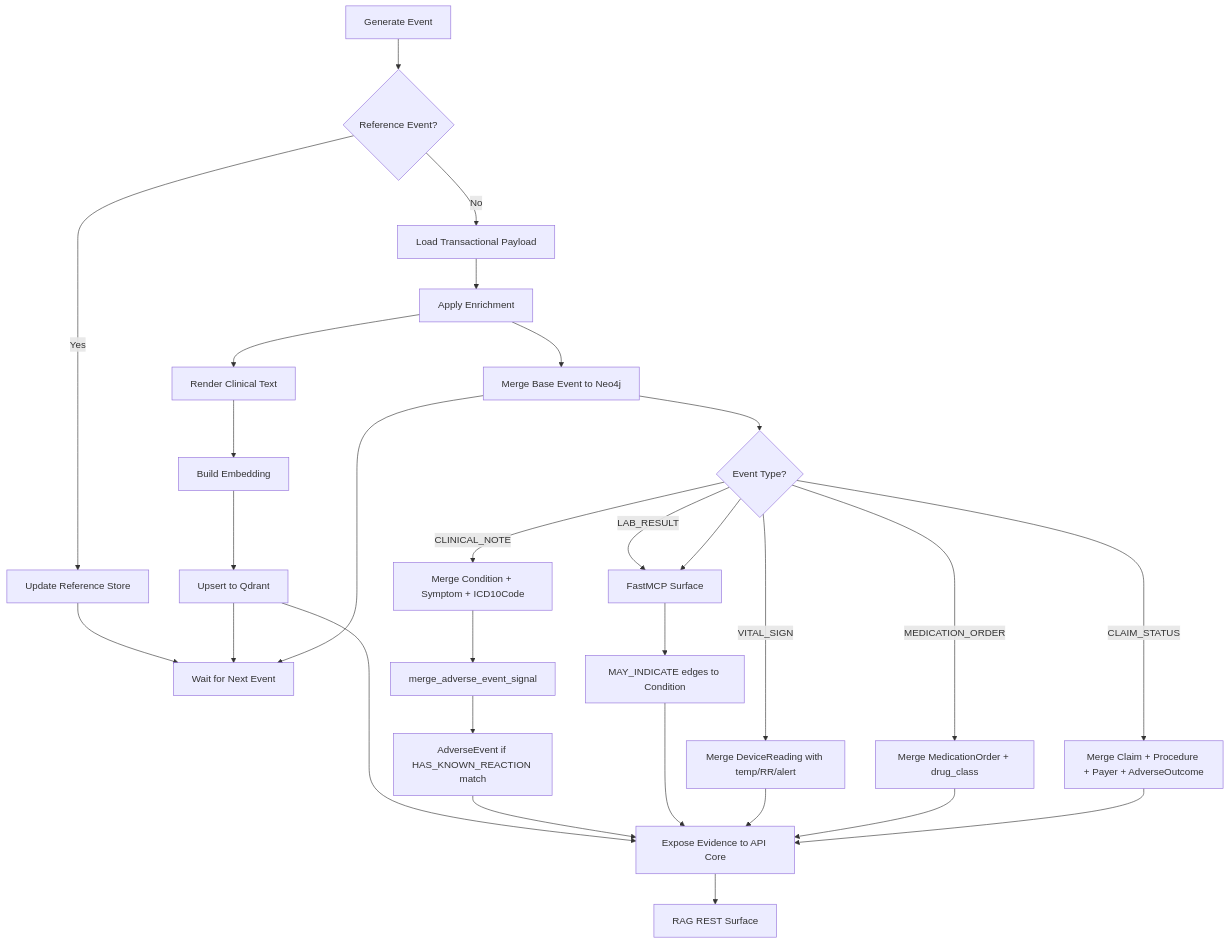
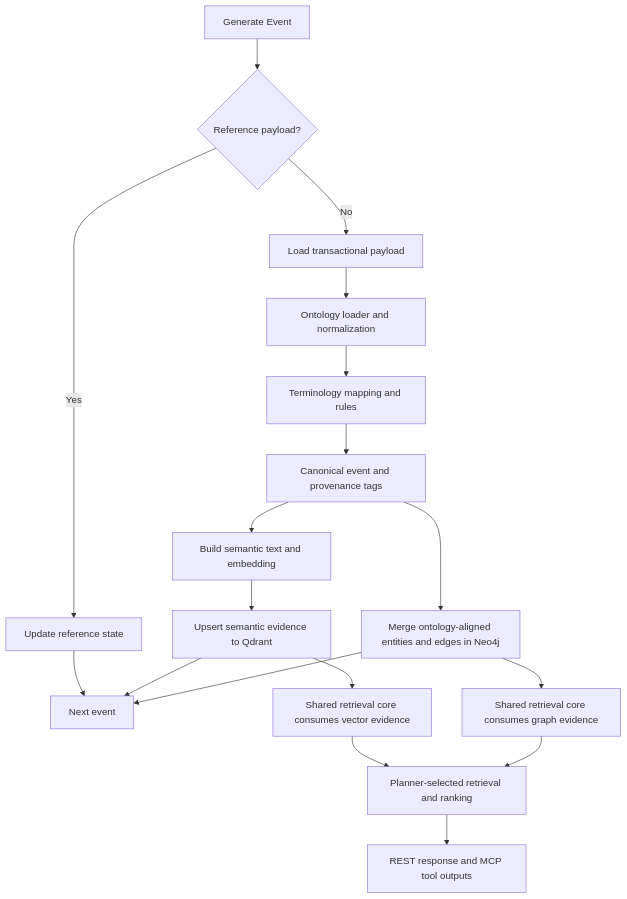
The third of 4 diagrams in docs/architecture.md (wchen-dea/Agentic-AI-Healthcare-GraphRAG), drawn with Mermaid before and after one commit. The commit also changed other lines of this file and 2 other files, not shown here.

Commit message:
ontology & skills

````diff
--- a/docs/architecture.md
+++ b/docs/architecture.md
@@ -192,31 +209,20 @@
 ```mermaid
 flowchart TD
-  A[Generate Event] --> B{Reference Event?}
-  B -->|Yes| C[Update Reference Store]
-  B -->|No| D[Load Transactional Payload]
-  C --> E[Wait for Next Event]
-  D --> F[Apply Enrichment]
-  F --> G[Render Clinical Text]
-  G --> H[Build Embedding]
-  H --> I[Upsert to Qdrant]
-  F --> J[Merge Base Event to Neo4j]
-  J --> K{Event Type?}
-  K -->|CLINICAL_NOTE| L[Merge Condition + Symptom + ICD10Code]
-  K -->|LAB_RESULT| M[Merge Observation + run 14 lab signal rules]
-  K -->|VITAL_SIGN| N[Merge DeviceReading with temp/RR/alert]
-  K -->|MEDICATION_ORDER| O[Merge MedicationOrder + drug_class]
-  K -->|CLAIM_STATUS| P[Merge Claim + Procedure + Payer + AdverseOutcome]
-  L --> Q[merge_adverse_event_signal]
-  Q --> R[AdverseEvent if HAS_KNOWN_REACTION match]
-  M --> S[MAY_INDICATE edges to Condition]
-  I --> T[Expose Evidence to API Core]
-  R --> T
-  S --> T
-  N --> T
-  O --> T
-  P --> T
-  T --> U[RAG REST Surface]
-  K --> M[FastMCP Surface]
-  I --> E
+  A[Generate Event] --> B{Reference payload?}
+  B -->|Yes| C[Update reference state]
+  B -->|No| D[Load transactional payload]
+  C --> E[Next event]
+  D --> F[Ontology loader and normalization]
+  F --> G[Terminology mapping and rules]
+  G --> H[Canonical event and provenance tags]
+  H --> I[Build semantic text and embedding]
+  I --> J[Upsert semantic evidence to Qdrant]
+  H --> K[Merge ontology-aligned entities and edges in Neo4j]
+  J --> L[Shared retrieval core consumes vector evidence]
+  K --> M[Shared retrieval core consumes graph evidence]
+  L --> N[Planner-selected retrieval and ranking]
+  M --> N
+  N --> O[REST response and MCP tool outputs]
   J --> E
+  K --> E
 ```
````
